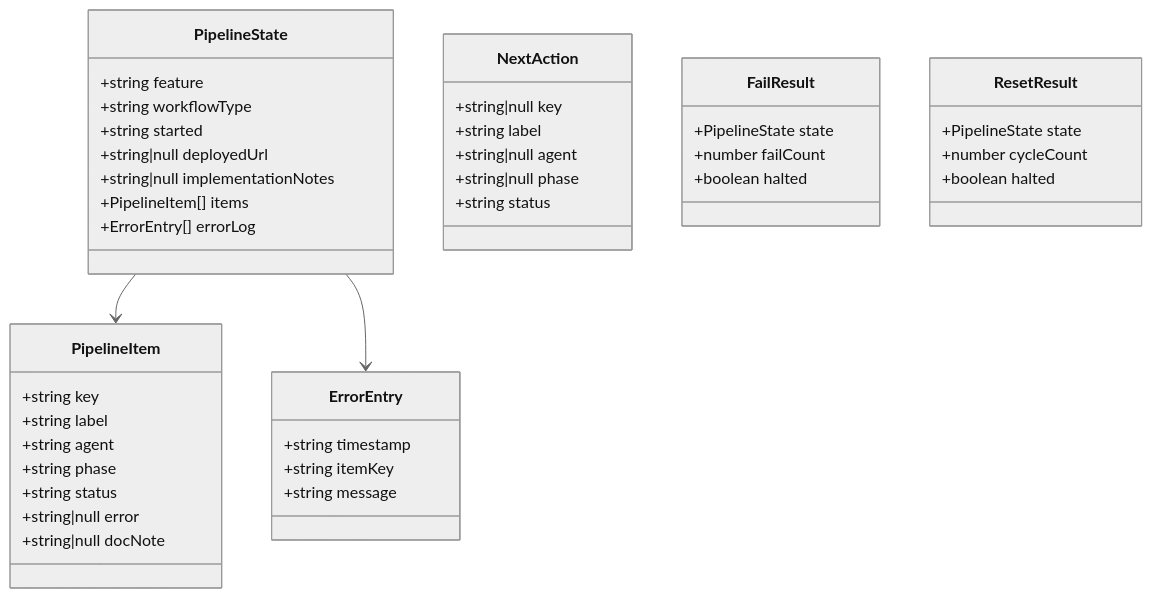
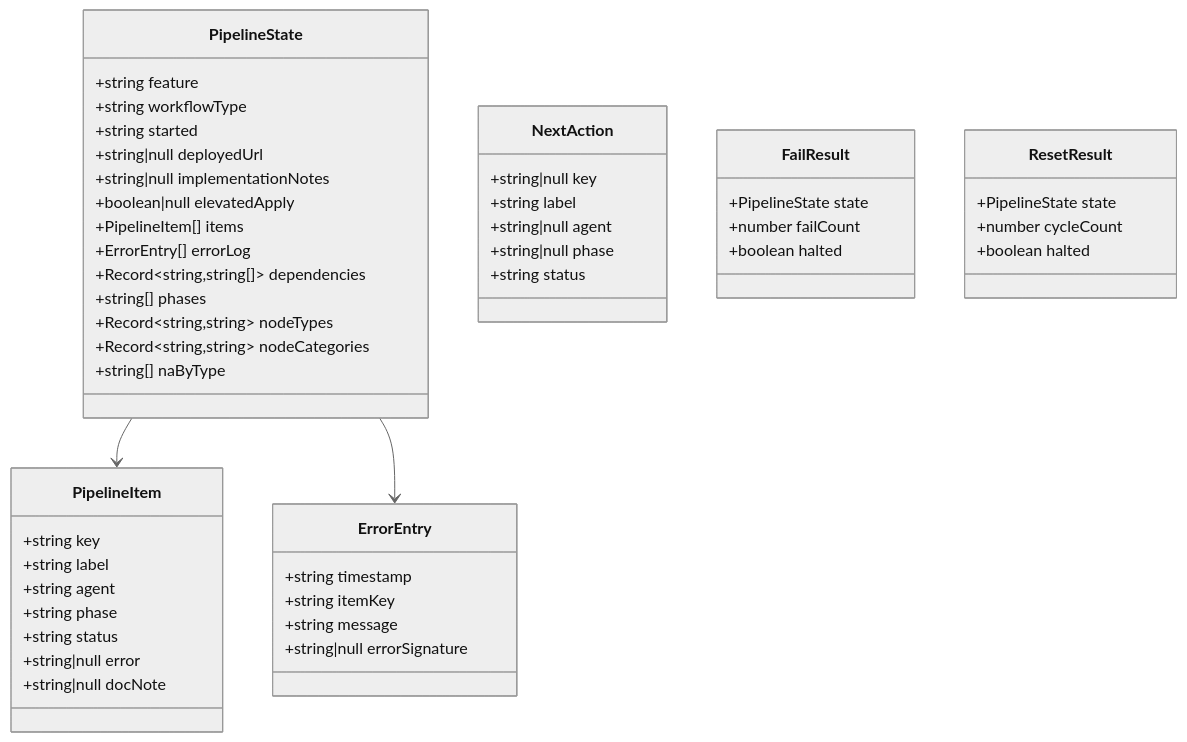
One commit to RomanKaliupinMelonusa/DAGent-t changed the fifth of 7 diagrams in tools/autonomous-factory/docs/04-state-machine.md. Above: the diagram before and after it, drawn with Mermaid (neutral theme). The commit also changed other lines of this file and 10 other files, not shown here.

````diff
--- a/tools/autonomous-factory/docs/04-state-machine.md
+++ b/tools/autonomous-factory/docs/04-state-machine.md
@@ -316,51 +316,58 @@
 ```mermaid
 classDiagram
     class PipelineState {
         +string feature
         +string workflowType
         +string started
         +string|null deployedUrl
         +string|null implementationNotes
+        +boolean|null elevatedApply
         +PipelineItem[] items
         +ErrorEntry[] errorLog
+        +Record~string,string[]~ dependencies
+        +string[] phases
+        +Record~string,string~ nodeTypes
+        +Record~string,string~ nodeCategories
+        +string[] naByType
     }
 
     class PipelineItem {
         +string key
         +string label
         +string agent
         +string phase
         +string status
         +string|null error
         +string|null docNote
     }
 
     class ErrorEntry {
         +string timestamp
         +string itemKey
         +string message
+        +string|null errorSignature
     }
 
     class NextAction {
         +string|null key
         +string label
         +string|null agent
         +string|null phase
         +string status
     }
 
     class FailResult {
         +PipelineState state
         +number failCount
         +boolean halted
     }
 
     class ResetResult {
         +PipelineState state
         +number cycleCount
         +boolean halted
     }
 
     PipelineState --> PipelineItem
     PipelineState --> ErrorEntry
 ```
````
